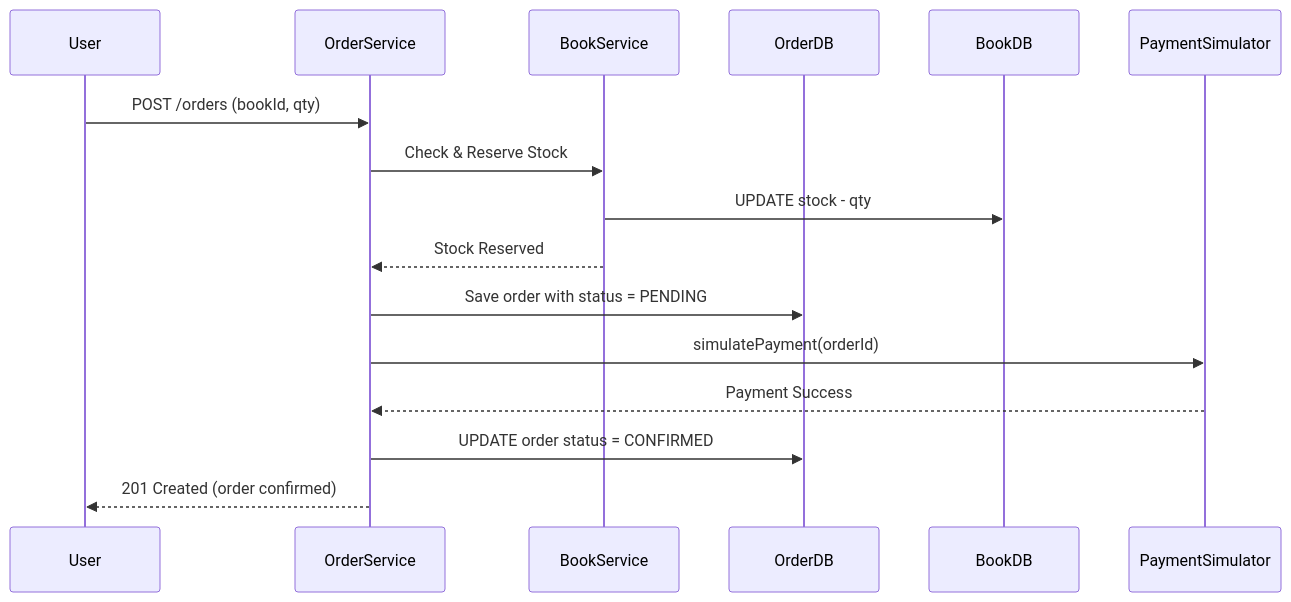
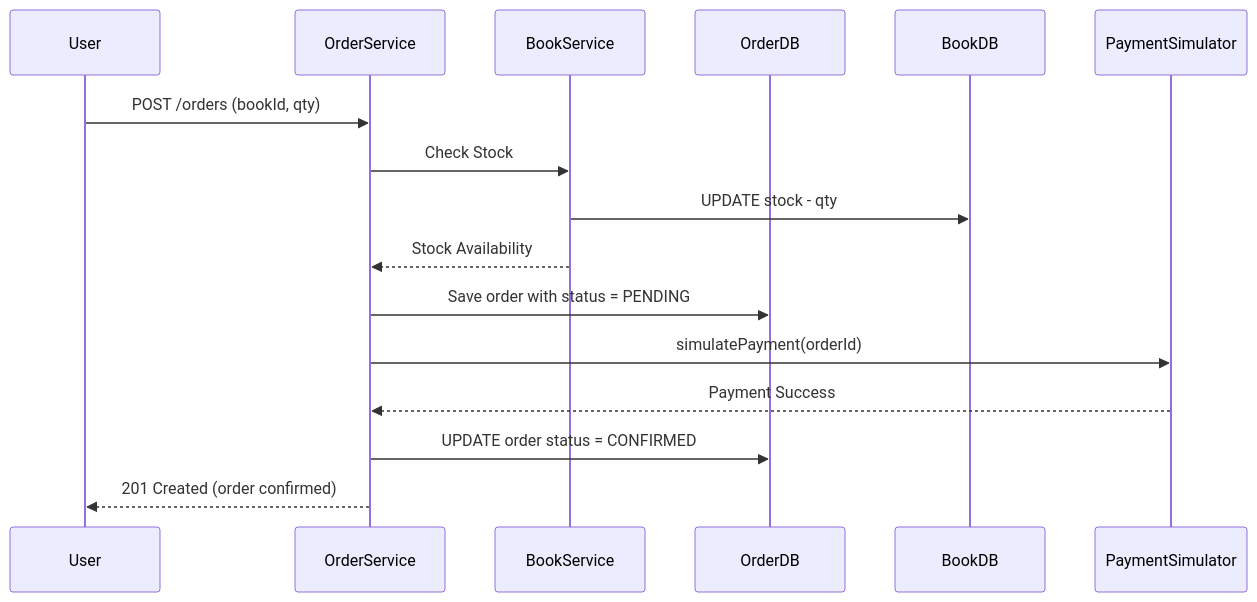
The second of 3 diagrams in Readme.md (itlakshmanan/smart-documents), drawn with Mermaid before and after one commit. The commit also changed other lines of this file, not shown here.

````diff
--- a/Readme.md
+++ b/Readme.md
@@ -113,21 +117,21 @@
 ```mermaid
 sequenceDiagram
     participant User
     participant OrderService
     participant BookService
     participant OrderDB
     participant BookDB
     participant PaymentSimulator
 
     User->>OrderService: POST /orders (bookId, qty)
-    OrderService->>BookService: Check & Reserve Stock
+    OrderService->>BookService: Check Stock
     BookService->>BookDB: UPDATE stock - qty
-    BookService-->>OrderService: Stock Reserved
+    BookService-->>OrderService: Stock Availability
 
     OrderService->>OrderDB: Save order with status = PENDING
     OrderService->>PaymentSimulator: simulatePayment(orderId)
     PaymentSimulator-->>OrderService: Payment Success
 
     OrderService->>OrderDB: UPDATE order status = CONFIRMED
     OrderService-->>User: 201 Created (order confirmed)
 ```
````
